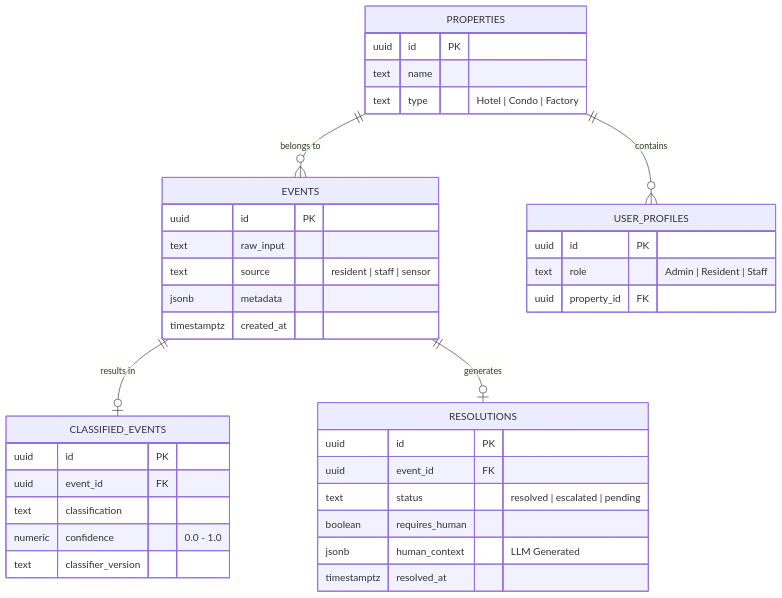
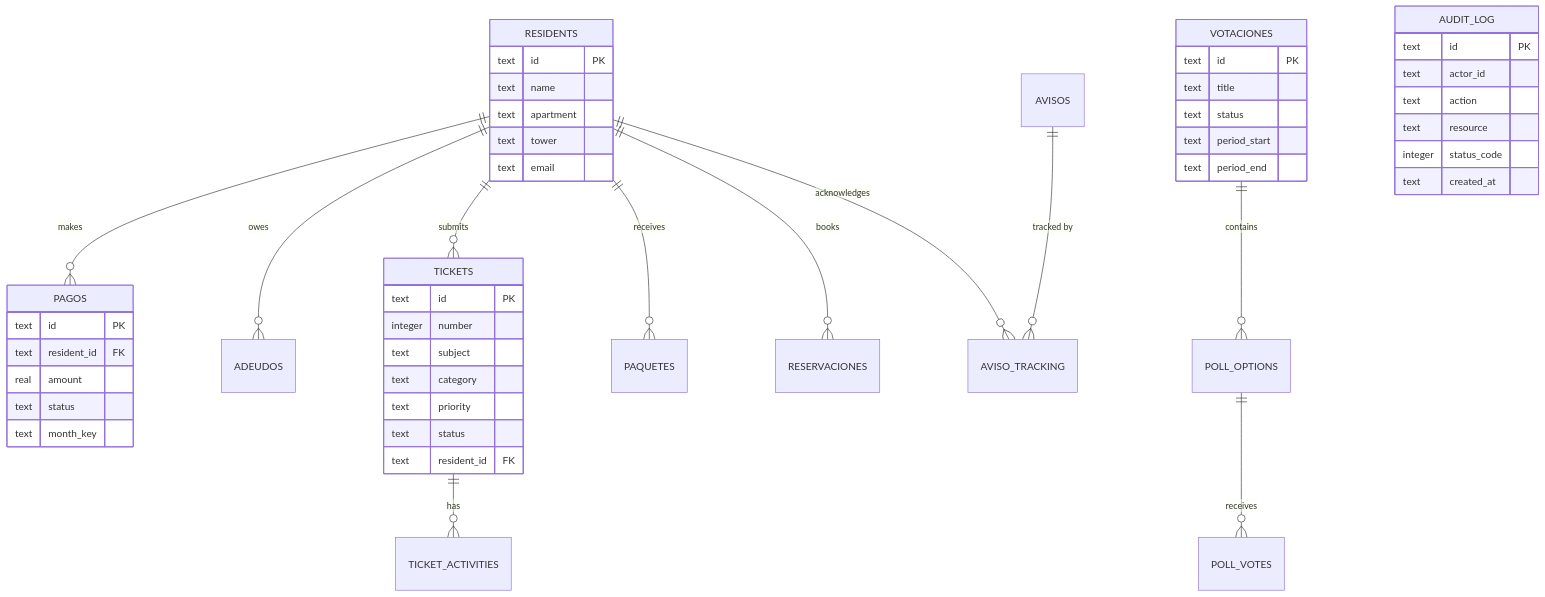
One commit to antonoriza/VilkorTheWebsite changed the fifth of 8 diagrams in README.md. Above: the diagram before and after it, drawn with Mermaid. The commit also changed other lines of this file, not shown here.

Commit message:
docs: overhaul README with accurate architecture, tech stack, and phase tracking

````diff
--- a/README.md
+++ b/README.md
@@ -73,40 +151,52 @@
 ```mermaid
 erDiagram
-    PROPERTIES ||--o{ EVENTS : "belongs to"
-    PROPERTIES ||--o{ USER_PROFILES : "contains"
-    EVENTS ||--o| CLASSIFIED_EVENTS : "results in"
-    EVENTS ||--o| RESOLUTIONS : "generates"
-    
-    EVENTS {
-        uuid id PK
-        text raw_input
-        text source "resident | staff | sensor"
-        jsonb metadata
-        timestamptz created_at
+    RESIDENTS ||--o{ PAGOS : "makes"
+    RESIDENTS ||--o{ ADEUDOS : "owes"
+    RESIDENTS ||--o{ TICKETS : "submits"
+    RESIDENTS ||--o{ PAQUETES : "receives"
+    RESIDENTS ||--o{ RESERVACIONES : "books"
+    RESIDENTS ||--o{ AVISO_TRACKING : "acknowledges"
+    TICKETS ||--o{ TICKET_ACTIVITIES : "has"
+    AVISOS ||--o{ AVISO_TRACKING : "tracked by"
+    VOTACIONES ||--o{ POLL_OPTIONS : "contains"
+    POLL_OPTIONS ||--o{ POLL_VOTES : "receives"
+
+    RESIDENTS {
+        text id PK
+        text name
+        text apartment
+        text tower
+        text email
     }
-    CLASSIFIED_EVENTS {
-        uuid id PK
-        uuid event_id FK
-        text classification
-        numeric confidence "0.0 - 1.0"
-        text classifier_version
+    TICKETS {
+        text id PK
+        integer number
+        text subject
+        text category
+        text priority
+        text status
+        text resident_id FK
     }
-    RESOLUTIONS {
-        uuid id PK
-        uuid event_id FK
-        text status "resolved | escalated | pending"
-        boolean requires_human
-        jsonb human_context "LLM Generated"
-        timestamptz resolved_at
+    PAGOS {
+        text id PK
+        text resident_id FK
+        real amount
+        text status
+        text month_key
     }
-    PROPERTIES {
-        uuid id PK
-        text name
-        text type "Hotel | Condo | Factory"
+    VOTACIONES {
+        text id PK
+        text title
+        text status
+        text period_start
+        text period_end
     }
-    USER_PROFILES {
-        uuid id PK
-        text role "Admin | Resident | Staff"
-        uuid property_id FK
+    AUDIT_LOG {
+        text id PK
+        text actor_id
+        text action
+        text resource
+        integer status_code
+        text created_at
     }
 ```
````
